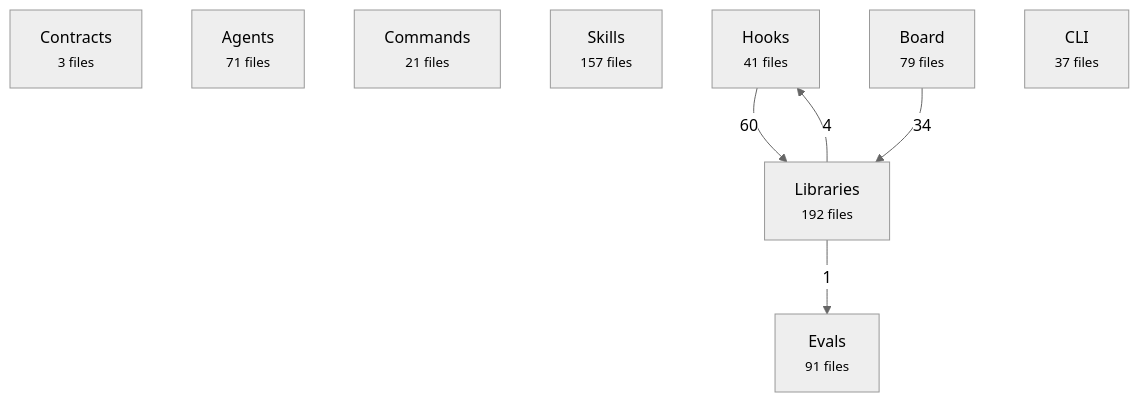
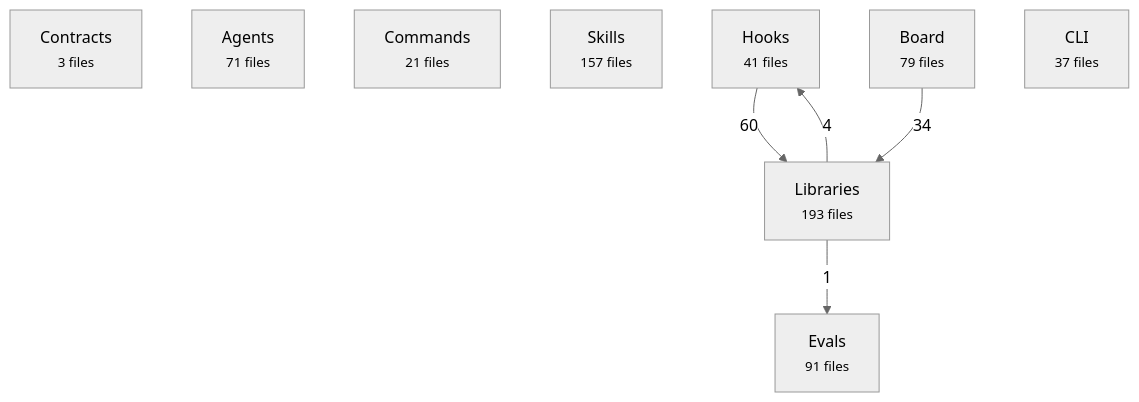
Before and after one commit to avelikiy/great_cto: the first of 2 diagrams in docs/reference/architecture-map.md, drawn with Mermaid (neutral theme). The commit also changed other lines of this file and 6 other files, not shown here.

Commit message:
test(package): probe delivered controller graph and specialist selection

````diff
--- a/docs/reference/architecture-map.md
+++ b/docs/reference/architecture-map.md
@@ -20,16 +20,16 @@
 ```mermaid
 flowchart TD
   contracts["Contracts<br/><small>3 files</small>"]
   agents["Agents<br/><small>71 files</small>"]
   commands["Commands<br/><small>21 files</small>"]
   skills["Skills<br/><small>157 files</small>"]
   hooks["Hooks<br/><small>41 files</small>"]
-  libs["Libraries<br/><small>192 files</small>"]
+  libs["Libraries<br/><small>193 files</small>"]
   board["Board<br/><small>79 files</small>"]
   cli["CLI<br/><small>37 files</small>"]
   evals["Evals<br/><small>91 files</small>"]
   hooks -->|60| libs
   board -->|34| libs
   libs -->|4| hooks
   libs -->|1| evals
 ```
````
